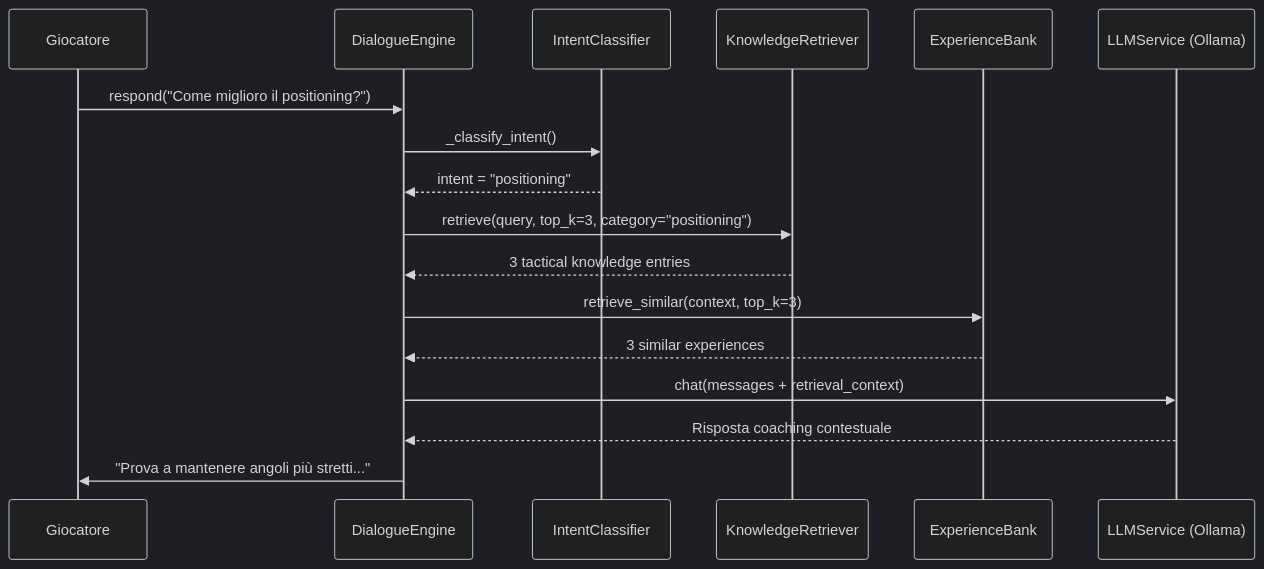
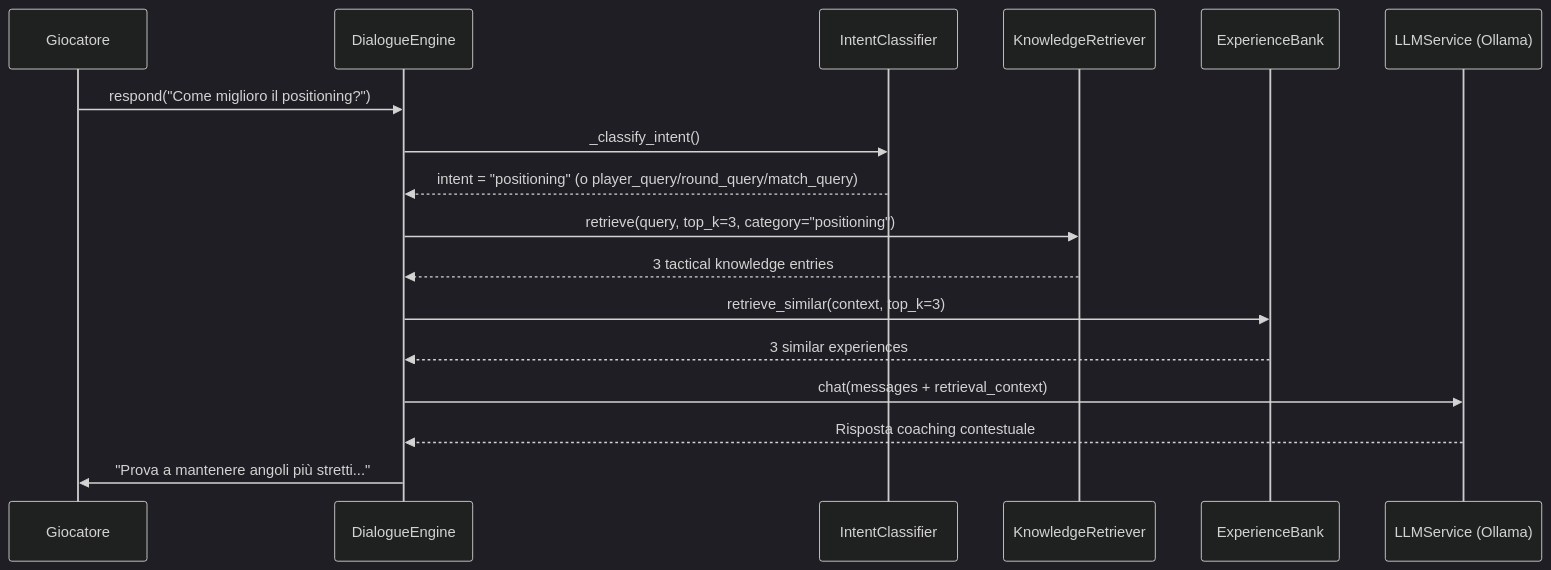
One commit to renanaugustomacena-ux/Counter-Strike-coach-AI changed the fourth of 48 diagrams in docs/books/Book-Coach-2.md. Above: the diagram before and after it, drawn with Mermaid (dark theme). The commit also changed other lines of this file, not shown here.

````diff
--- a/docs/books/Book-Coach-2.md
+++ b/docs/books/Book-Coach-2.md
@@ -153,19 +155,19 @@
 ```mermaid
 sequenceDiagram
     participant U as Giocatore
     participant DE as DialogueEngine
     participant IC as IntentClassifier
     participant RAG as KnowledgeRetriever
     participant EB as ExperienceBank
     participant LLM as LLMService (Ollama)
     U->>DE: respond("Come miglioro il positioning?")
     DE->>IC: _classify_intent()
-    IC-->>DE: intent = "positioning"
+    IC-->>DE: intent = "positioning" (o player_query/round_query/match_query)
     DE->>RAG: retrieve(query, top_k=3, category="positioning")
     RAG-->>DE: 3 tactical knowledge entries
     DE->>EB: retrieve_similar(context, top_k=3)
     EB-->>DE: 3 similar experiences
     DE->>LLM: chat(messages + retrieval_context)
     LLM-->>DE: Risposta coaching contestuale
     DE->>U: "Prova a mantenere angoli più stretti..."
 ```
````
